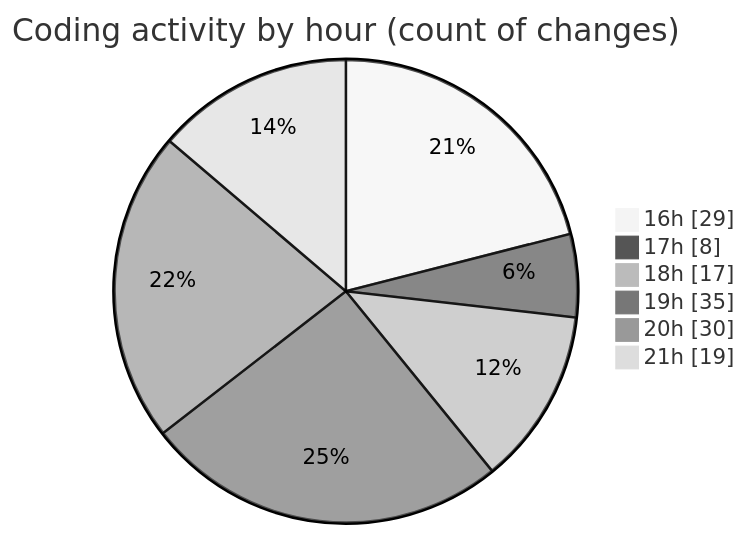
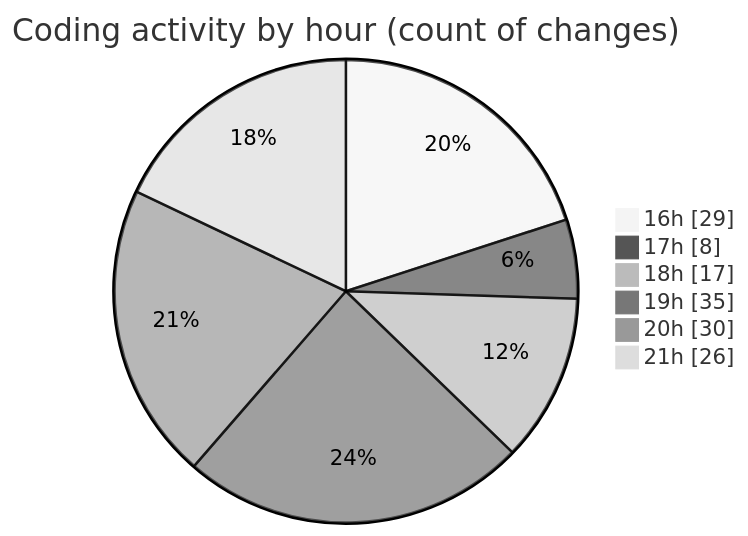
One commit to Netris89/code-tracking changed the second of 2 diagrams in 2025-11-01/skintrack/README.md. Above: the diagram before and after it, drawn with Mermaid (neutral theme). The commit also changed other lines of this file and 1 other file, not shown here.

````diff
--- a/2025-11-01/skintrack/README.md
+++ b/2025-11-01/skintrack/README.md
@@ -35,10 +35,10 @@
 ```mermaid
 pie showData
 title Coding activity by hour (count of changes)
 "16h" : 29
 "17h" : 8
 "18h" : 17
 "19h" : 35
 "20h" : 30
-"21h" : 19
+"21h" : 26
 ```
````
